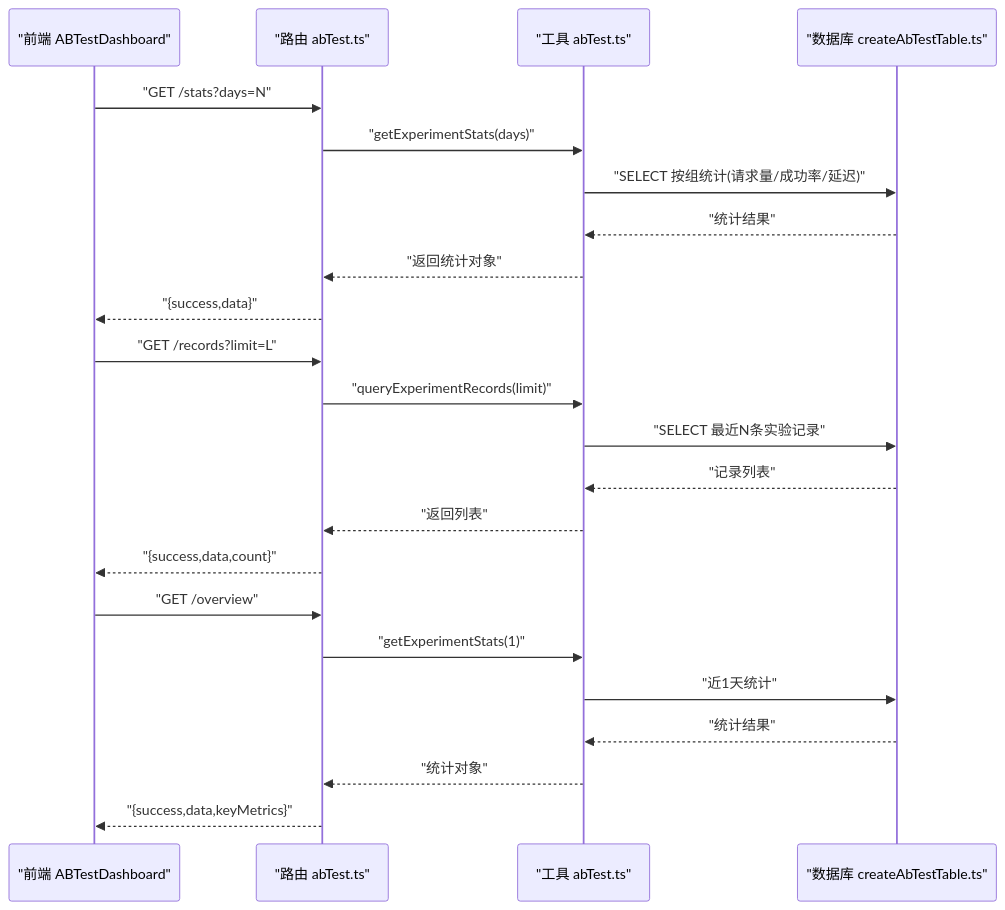
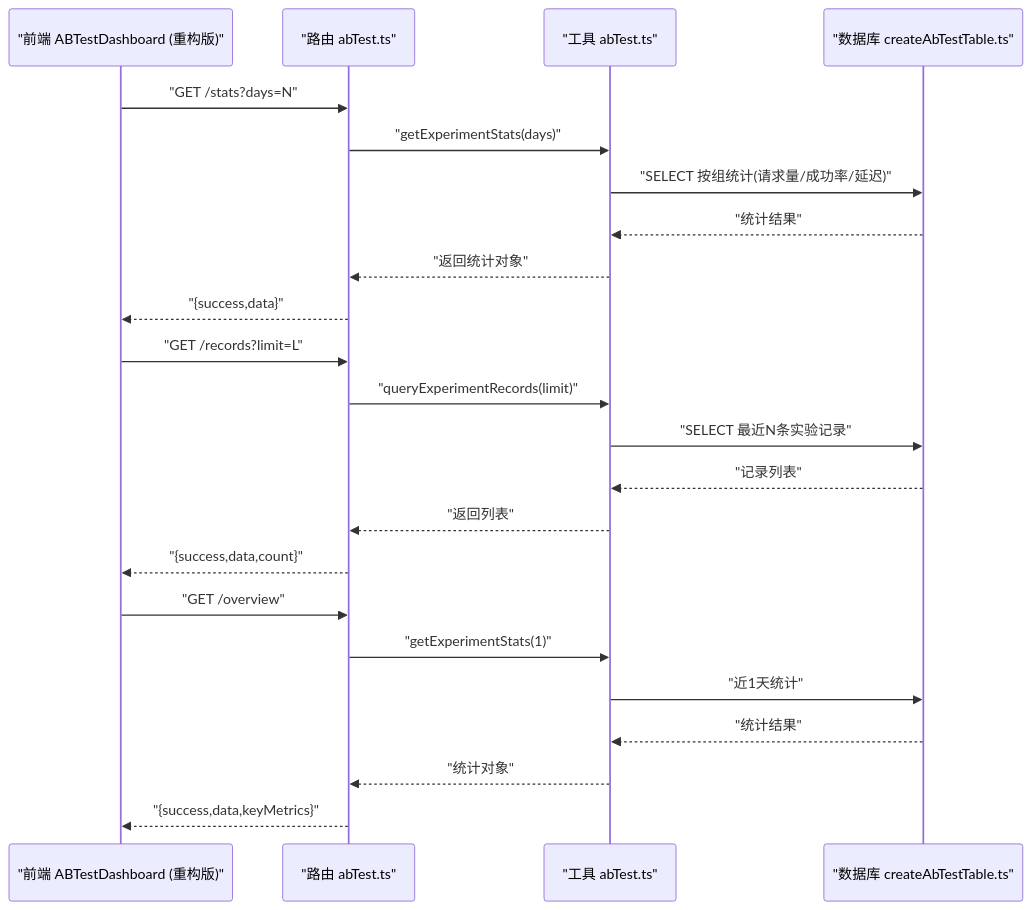
The second of 4 diagrams in .qoder/repowiki/zh/content/AI与LLM集成/A_B测试框架.md (dgjin/smart-data-analytics), drawn with Mermaid before and after one commit. The commit also changed other lines of this file and 100 other files, not shown here.

````diff
--- a/.qoder/repowiki/zh/content/AI与LLM集成/A_B测试框架.md
+++ b/.qoder/repowiki/zh/content/AI与LLM集成/A_B测试框架.md
@@ -122,25 +125,25 @@
 ```mermaid
 sequenceDiagram
-participant FE as "前端 ABTestDashboard"
+participant FE as "前端 ABTestDashboard (重构版)"
 participant API as "路由 abTest.ts"
 participant UT as "工具 abTest.ts"
 participant DB as "数据库 createAbTestTable.ts"
 FE->>API : "GET /stats?days=N"
 API->>UT : "getExperimentStats(days)"
 UT->>DB : "SELECT 按组统计(请求量/成功率/延迟)"
 DB-->>UT : "统计结果"
 UT-->>API : "返回统计对象"
 API-->>FE : "{success,data}"
 FE->>API : "GET /records?limit=L"
 API->>UT : "queryExperimentRecords(limit)"
 UT->>DB : "SELECT 最近N条实验记录"
 DB-->>UT : "记录列表"
 UT-->>API : "返回列表"
 API-->>FE : "{success,data,count}"
 FE->>API : "GET /overview"
 API->>UT : "getExperimentStats(1)"
 UT->>DB : "近1天统计"
 DB-->>UT : "统计结果"
 UT-->>API : "统计对象"
 API-->>FE : "{success,data,keyMetrics}"
 ```
````
